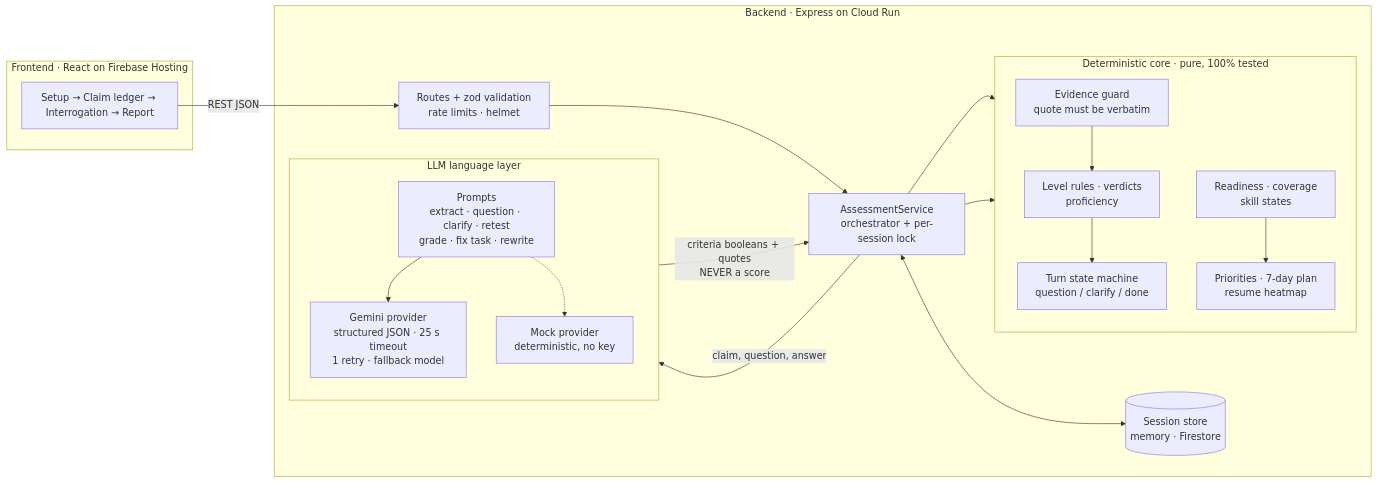
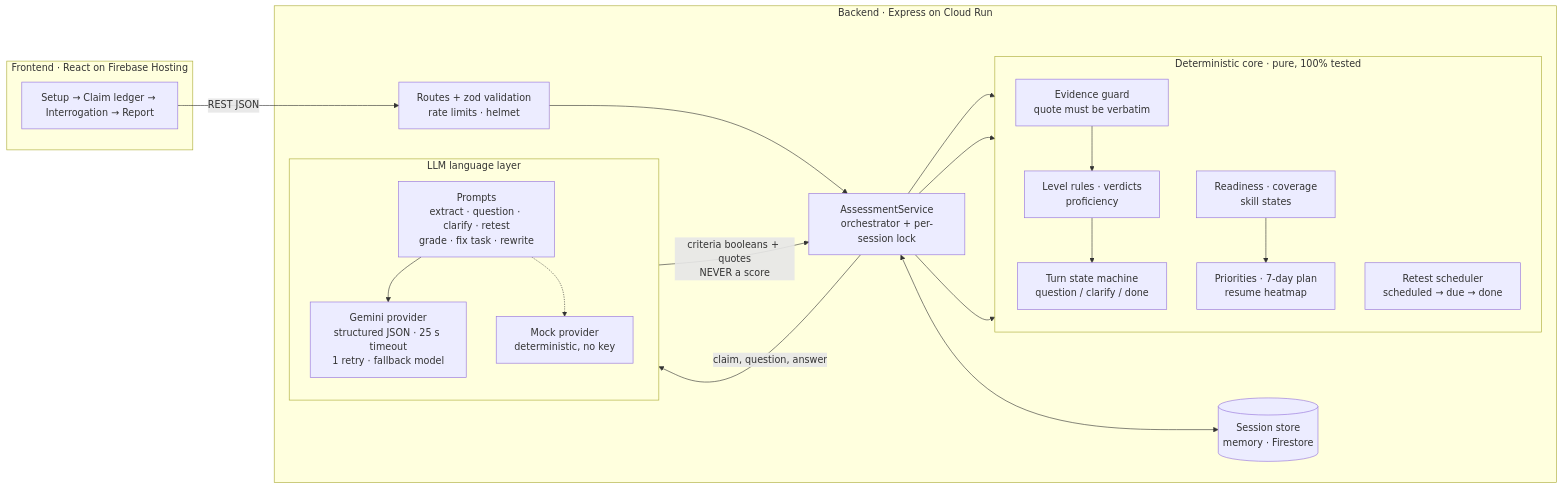
One commit to Spyro007-06/H2S changed the diagram in README.md. Above: the diagram before and after it, drawn with Mermaid. The commit also changed other lines of this file and 38 other files, not shown here.

````diff
--- a/README.md
+++ b/README.md
@@ -36,34 +48,36 @@
 ```mermaid
 flowchart LR
   subgraph FE[Frontend · React on Firebase Hosting]
     UI[Setup → Claim ledger → Interrogation → Report]
   end
 
   subgraph BE[Backend · Express on Cloud Run]
     API[Routes + zod validation<br/>rate limits · helmet]
     SVC[AssessmentService<br/>orchestrator + per-session lock]
     subgraph LANG[LLM language layer]
       direction TB
       P[Prompts<br/>extract · question · clarify · retest<br/>grade · fix task · rewrite]
       G[Gemini provider<br/>structured JSON · 25 s timeout<br/>1 retry · fallback model]
       M[Mock provider<br/>deterministic, no key]
     end
     subgraph CORE[Deterministic core · pure, 100% tested]
       direction TB
       EV[Evidence guard<br/>quote must be verbatim]
       RU[Level rules · verdicts<br/>proficiency]
       SM[Turn state machine<br/>question / clarify / done]
       SC[Readiness · coverage<br/>skill states]
       PL[Priorities · 7-day plan<br/>resume heatmap]
+      SCH[Retest scheduler<br/>scheduled → due → done]
     end
     ST[(Session store<br/>memory · Firestore)]
   end
 
   UI -->|REST JSON| API --> SVC
   SVC -->|claim, question, answer| P --> G
   P -.-> M
   G -->|criteria booleans + quotes<br/>NEVER a score| SVC
   SVC --> EV --> RU --> SM
   SVC --> SC --> PL
+  SVC --> SCH
   SVC <--> ST
 ```
````
